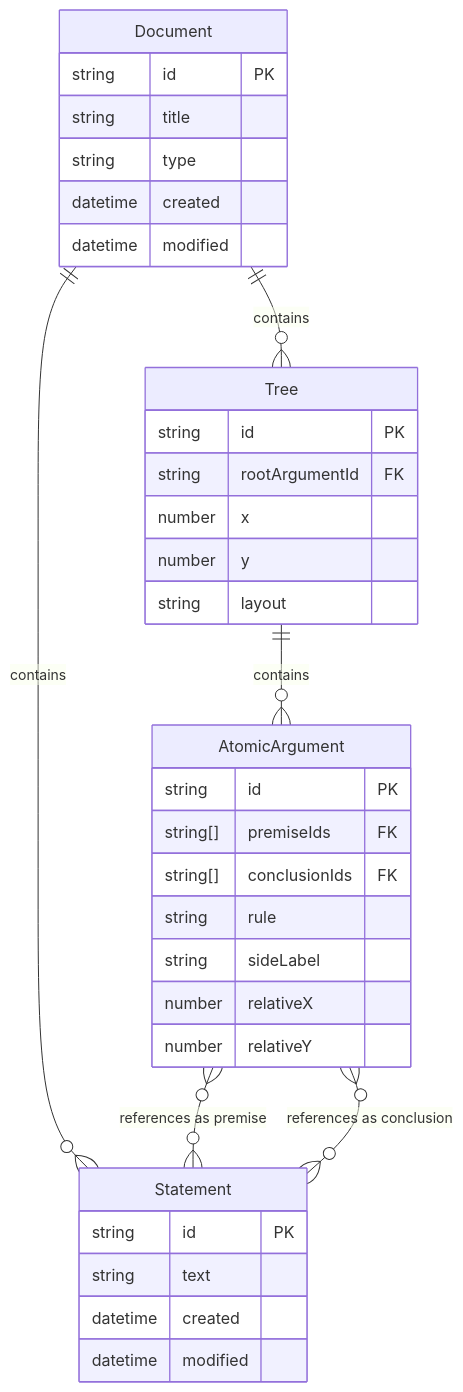
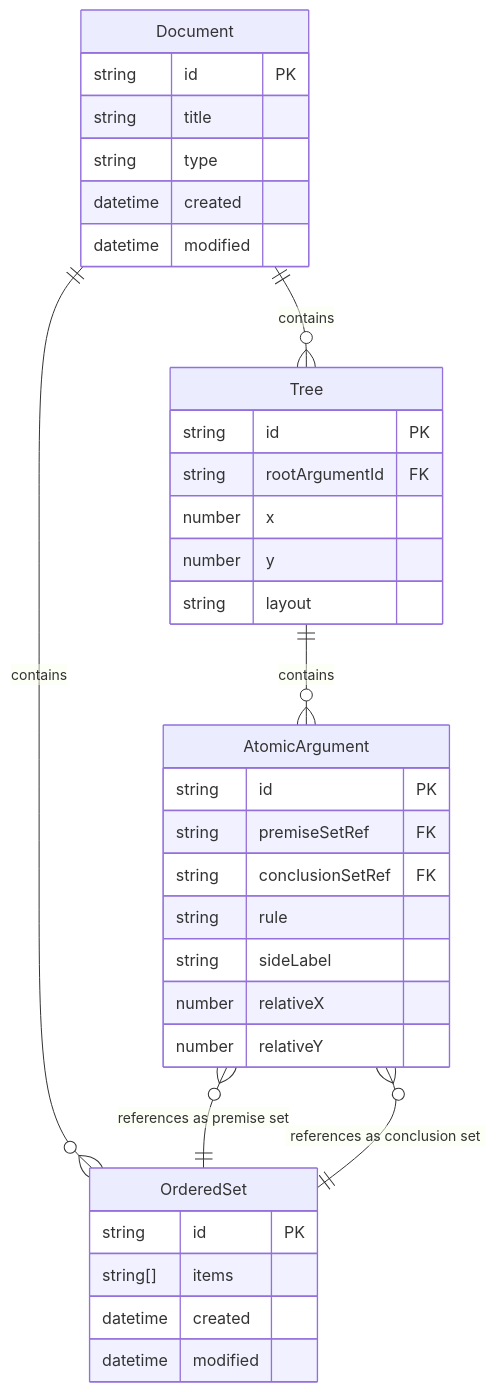
One commit to nate123456/proof-editor changed the diagram in docs/08-technical-design/core-vs-language-responsibilities.md. Above: the diagram before and after it, drawn with Mermaid. The commit also changed other lines of this file and 47 other files, not shown here.

````diff
--- a/docs/08-technical-design/core-vs-language-responsibilities.md
+++ b/docs/08-technical-design/core-vs-language-responsibilities.md
@@ -157,41 +185,41 @@
 ```mermaid
 erDiagram
     Document ||--o{ Tree : contains
-    Document ||--o{ Statement : contains
+    Document ||--o{ OrderedSet : contains
     Tree ||--o{ AtomicArgument : contains
-    AtomicArgument }o--o{ Statement : "references as premise"
-    AtomicArgument }o--o{ Statement : "references as conclusion"
+    AtomicArgument }o--|| OrderedSet : "references as premise set"
+    AtomicArgument }o--|| OrderedSet : "references as conclusion set"
     
-    Statement {
+    OrderedSet {
         string id PK
-        string text
+        string[] items
         datetime created
         datetime modified
     }
     
     AtomicArgument {
         string id PK
-        string[] premiseIds FK
-        string[] conclusionIds FK
+        string premiseSetRef FK
+        string conclusionSetRef FK
         string rule
         string sideLabel
         number relativeX
         number relativeY
     }
     
     Tree {
         string id PK
         string rootArgumentId FK
         number x
         number y
         string layout
     }
     
     Document {
         string id PK
         string title
         string type
         datetime created
         datetime modified
     }
 ```
````
